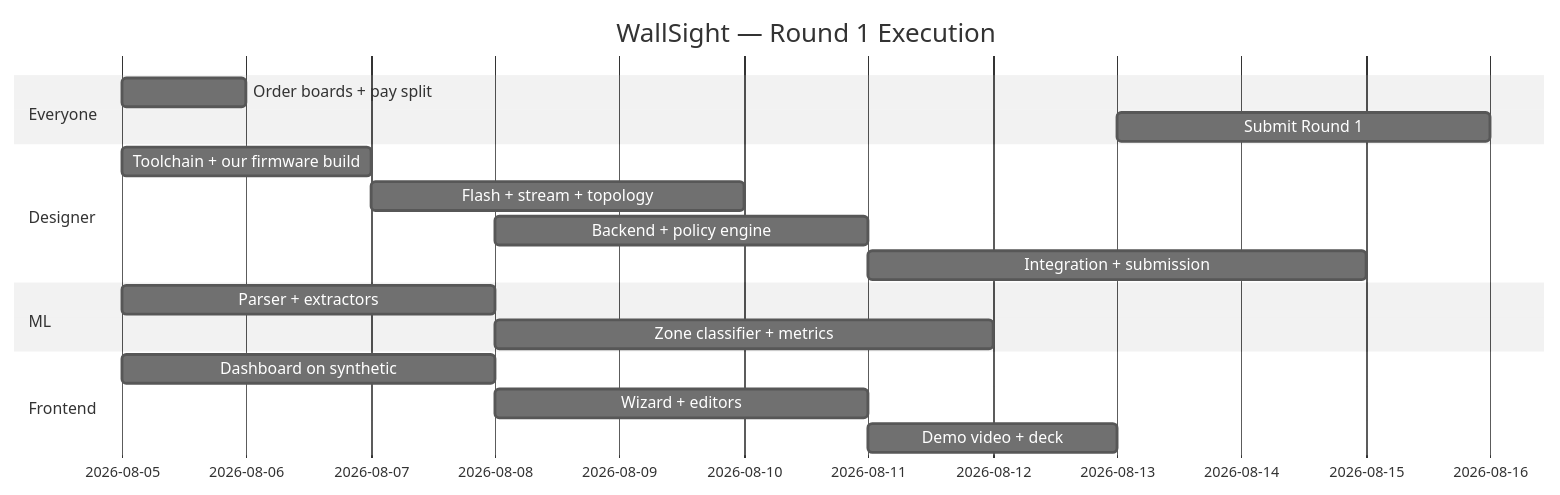
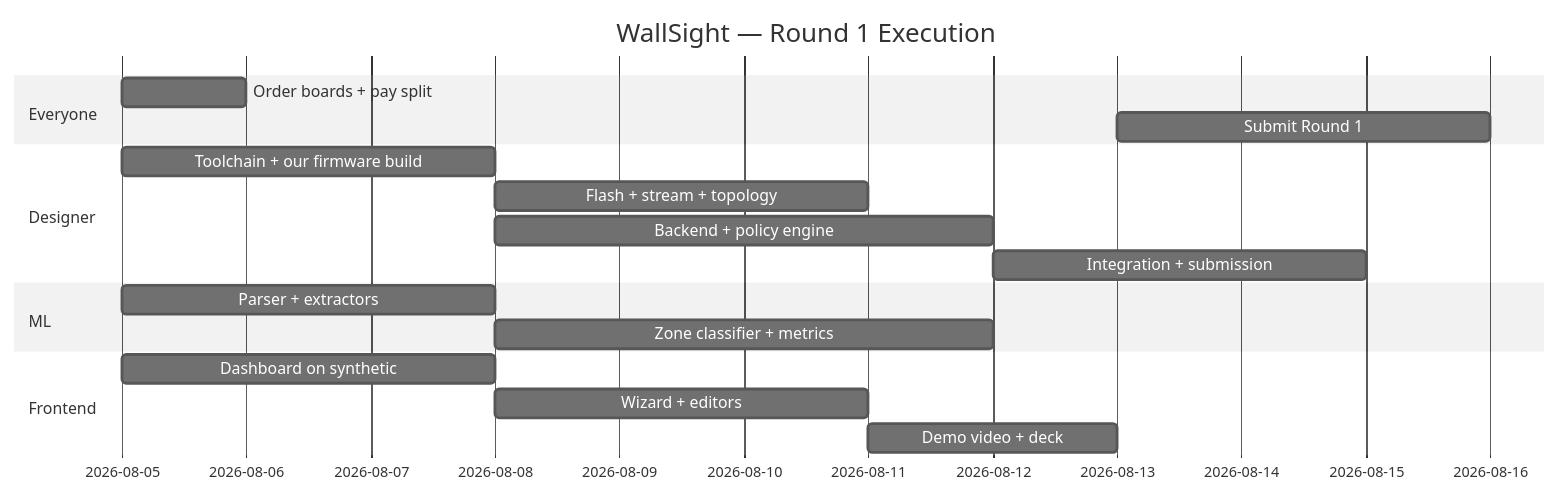
The fifth of 5 diagrams in PROJECT_BRIEF.md (patchyevolve/wallsight), drawn with Mermaid (neutral theme) before and after one commit. The commit also changed other lines of this file and 4 other files, not shown here.

````diff
--- a/PROJECT_BRIEF.md
+++ b/PROJECT_BRIEF.md
@@ -478,20 +477,20 @@
 ```mermaid
 gantt
     title WallSight — Round 1 Execution
     dateFormat  YYYY-MM-DD
     section Everyone
     Order boards + pay split     :a1, 2026-08-05, 1d
     Submit Round 1              :a2, 2026-08-13, 3d
     section Designer
-    Toolchain + our firmware build :b0, 2026-08-05, 2d
-    Flash + stream + topology      :b1, 2026-08-07, 3d
-    Backend + policy engine        :b2, 2026-08-08, 3d
-    Integration + submission       :b3, 2026-08-11, 4d
+    Toolchain + our firmware build :b0, 2026-08-05, 3d
+    Flash + stream + topology      :b1, 2026-08-08, 3d
+    Backend + policy engine        :b2, 2026-08-08, 4d
+    Integration + submission       :b3, 2026-08-12, 3d
     section ML
     Parser + extractors         :c1, 2026-08-05, 3d
     Zone classifier + metrics   :c2, 2026-08-08, 4d
     section Frontend
     Dashboard on synthetic      :d1, 2026-08-05, 3d
     Wizard + editors            :d2, 2026-08-08, 3d
     Demo video + deck           :d3, 2026-08-11, 2d
 ```
````
